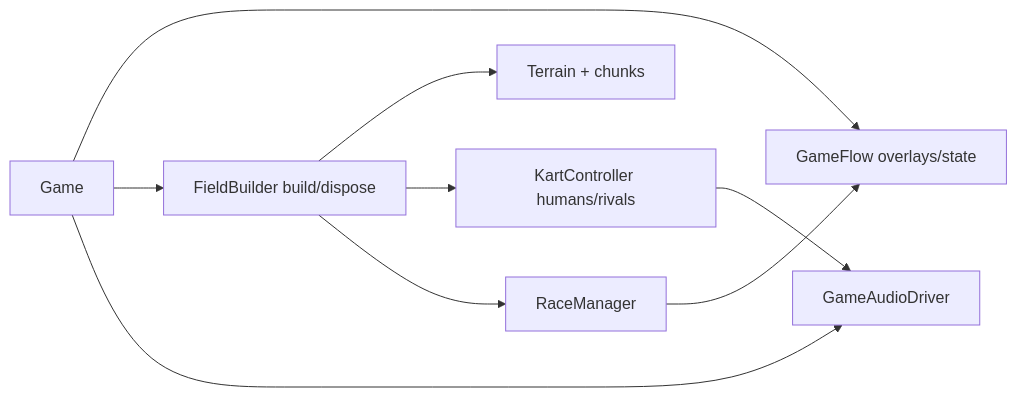
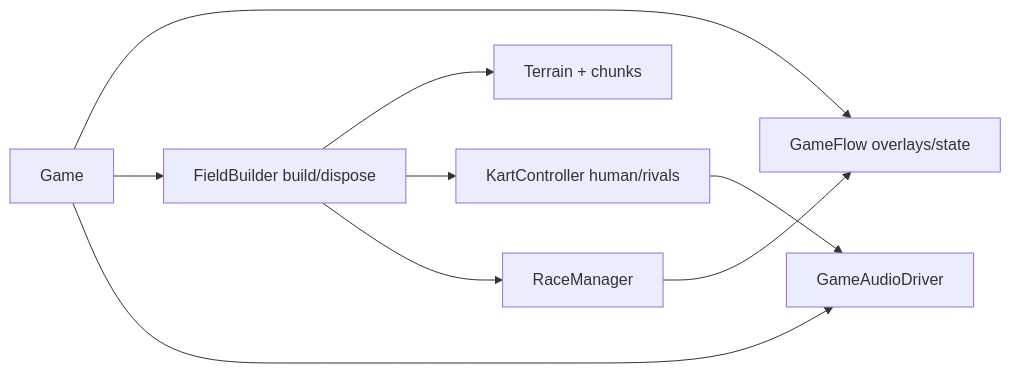
The second of 2 diagrams in src/AGENTS.md (jjgroenendijk/cart-game), drawn with Mermaid before and after one commit. The commit also changed other lines of this file and 69 other files, not shown here.

````diff
--- a/src/AGENTS.md
+++ b/src/AGENTS.md
@@ -37,11 +37,11 @@
 ```mermaid
 flowchart LR
   Game --> Flow[GameFlow overlays/state]
   Game --> Field[FieldBuilder build/dispose]
   Game --> Audio[GameAudioDriver]
   Field --> Terrain[Terrain + chunks]
-  Field --> Karts[KartController humans/rivals]
+  Field --> Karts[KartController human/rivals]
   Field --> Race[RaceManager]
   Karts --> Audio
   Race --> Flow
 ```
````
